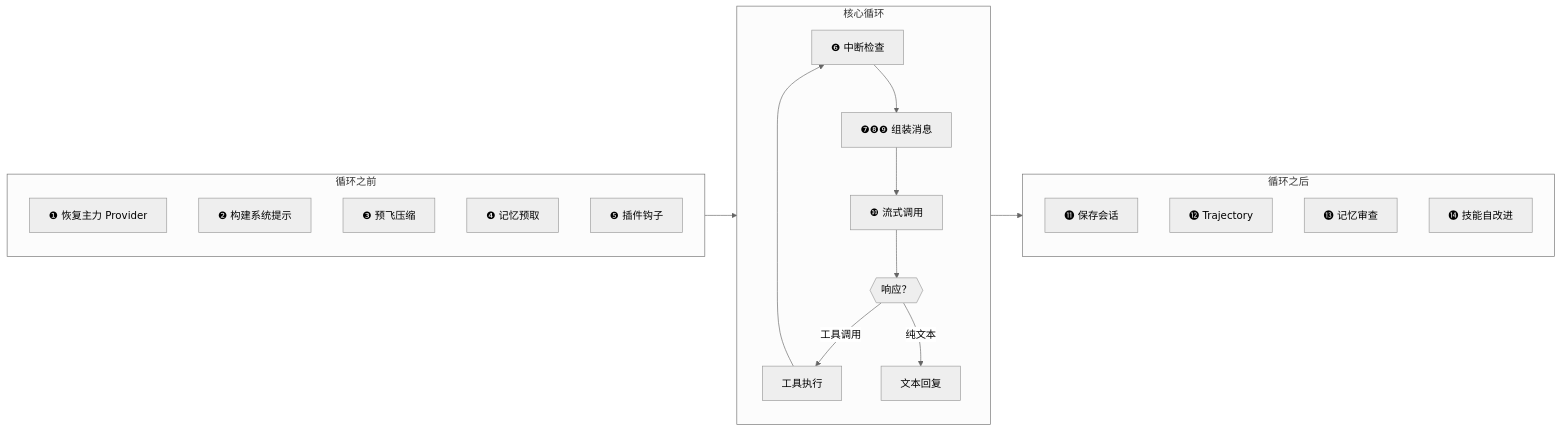
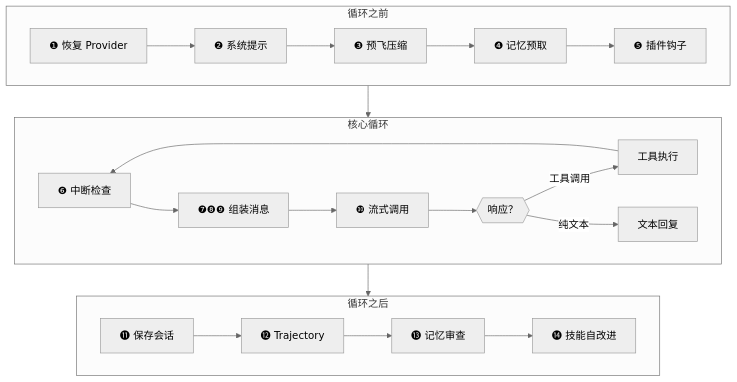
One commit to fang-lin/hermes-agent-code-analysis changed the third of 9 diagrams in docs/zh/drafts/02-draft.md. Above: the diagram before and after it, drawn with Mermaid (neutral theme). The commit also changed other lines of this file and 1 other file, not shown here.

Commit message:
第 02 章：生命周期图改为纵向布局（TD），子阶段内横向排列

````diff
--- a/docs/zh/drafts/02-draft.md
+++ b/docs/zh/drafts/02-draft.md
@@ -152,34 +152,20 @@
 ```mermaid
-flowchart LR
+flowchart TD
     subgraph BEFORE ["循环之前"]
-        direction TB
-        B1["❶ 恢复主力 Provider"]
-        B2["❷ 构建系统提示"]
-        B3["❸ 预飞压缩"]
-        B4["❹ 记忆预取"]
-        B5["❺ 插件钩子"]
+        direction LR
+        B1["❶ 恢复 Provider"] --> B2["❷ 系统提示"] --> B3["❸ 预飞压缩"] --> B4["❹ 记忆预取"] --> B5["❺ 插件钩子"]
     end
 
     subgraph LOOP ["核心循环"]
-        direction TB
-        L1["❻ 中断检查"]
-        L2["❼❽❾ 组装消息"]
-        L5["❿ 流式调用"]
-        L6{{"响应？"}}
-        L7["工具执行"]
-        L8["文本回复"]
-        L1 --> L2 --> L5 --> L6
-        L6 -->|工具调用| L7 --> L1
-        L6 -->|纯文本| L8
+        L1["❻ 中断检查"] --> L2["❼❽❾ 组装消息"] --> L5["❿ 流式调用"] --> L6{{"响应？"}}
+        L6 -->|工具调用| L7["工具执行"] --> L1
+        L6 -->|纯文本| L8["文本回复"]
     end
 
     subgraph AFTER ["循环之后"]
-        direction TB
-        A1["⓫ 保存会话"]
-        A2["⓬ Trajectory"]
-        A3["⓭ 记忆审查"]
-        A4["⓮ 技能自改进"]
+        direction LR
+        A1["⓫ 保存会话"] --> A2["⓬ Trajectory"] --> A3["⓭ 记忆审查"] --> A4["⓮ 技能自改进"]
     end
 
     BEFORE --> LOOP --> AFTER
 ```
````
